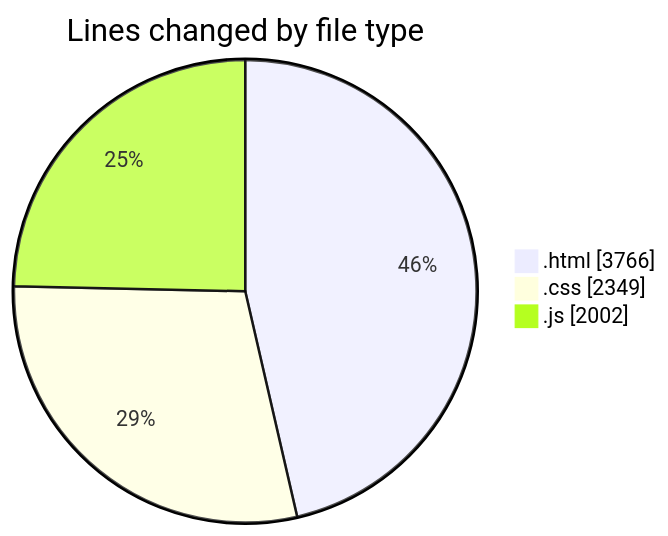
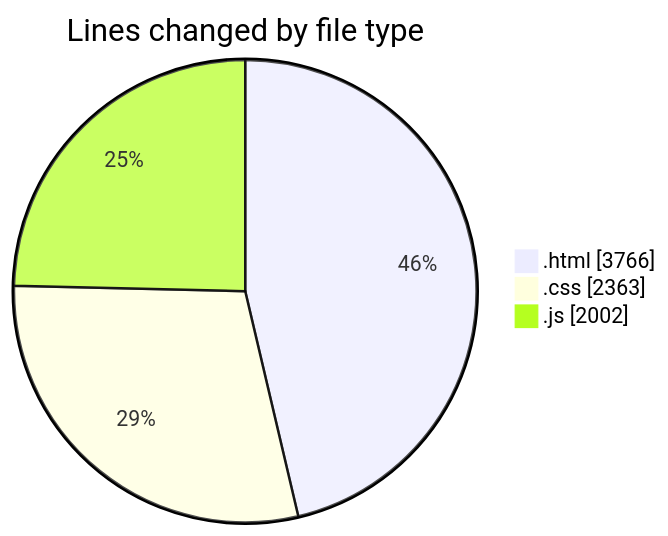
The first of 2 diagrams in 2025-05-24/projects/README.md (Ritupan-Deka/code-tracking), drawn with Mermaid before and after one commit. The commit also changed other lines of this file and 1 other file, not shown here.

````diff
--- a/2025-05-24/projects/README.md
+++ b/2025-05-24/projects/README.md
@@ -25,7 +25,7 @@
 ```mermaid
 pie showData
 title Lines changed by file type
 ".html" : 3766
-".css" : 2349
+".css" : 2363
 ".js" : 2002
 ```
````
